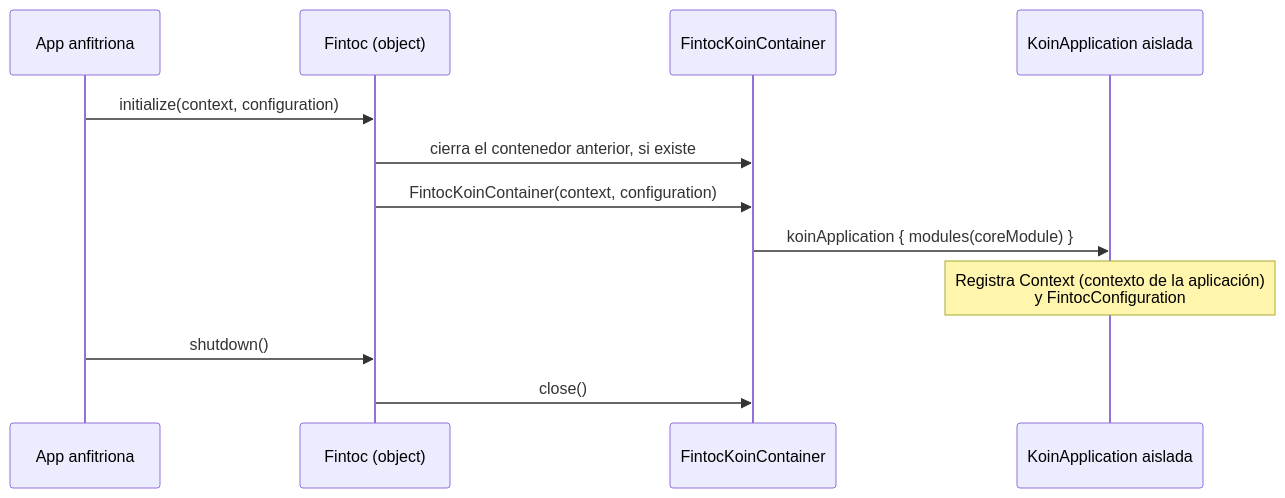
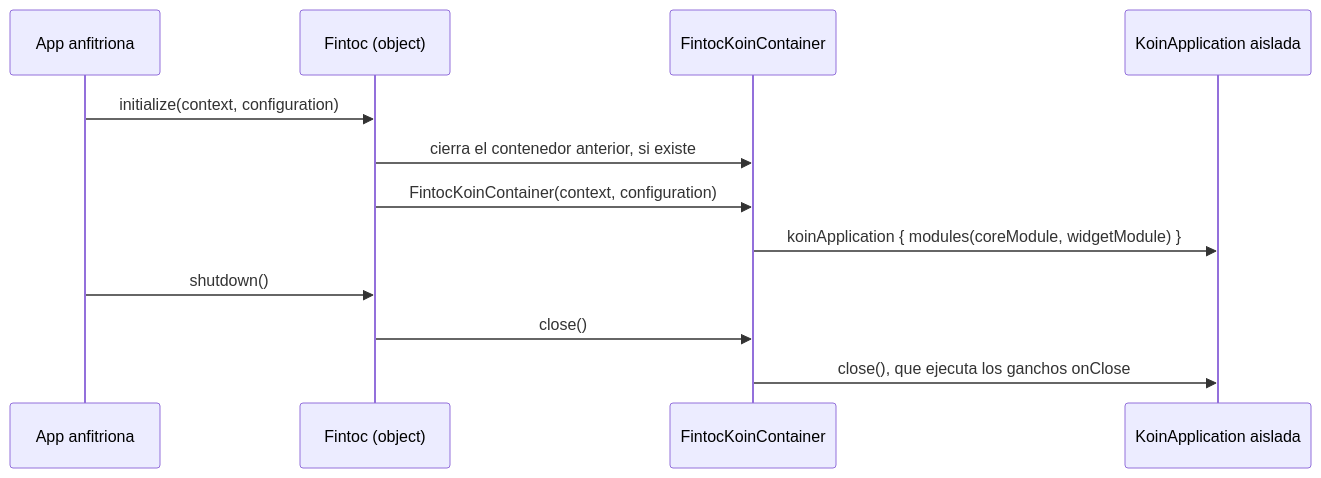
Before and after one commit to DEV1-Softworks/fintoc-android: the seventh of 7 diagrams in docs/es/architecture.md, drawn with Mermaid. The commit also changed other lines of this file and 3 other files, not shown here.

First line of the commit message:
docs: describe what the Koin container owns

````diff
--- a/docs/es/architecture.md
+++ b/docs/es/architecture.md
@@ -279,15 +279,15 @@
 ```mermaid
 sequenceDiagram
     participant Host as App anfitriona
     participant Fintoc as Fintoc (object)
     participant Container as FintocKoinContainer
     participant Koin as KoinApplication aislada
 
     Host->>Fintoc: initialize(context, configuration)
     Fintoc->>Container: cierra el contenedor anterior, si existe
     Fintoc->>Container: FintocKoinContainer(context, configuration)
-    Container->>Koin: koinApplication { modules(coreModule) }
-    Note over Koin: Registra Context (contexto de la aplicación)<br/>y FintocConfiguration
+    Container->>Koin: koinApplication { modules(coreModule, widgetModule) }
     Host->>Fintoc: shutdown()
     Fintoc->>Container: close()
+    Container->>Koin: close(), que ejecuta los ganchos onClose
 ```
````
